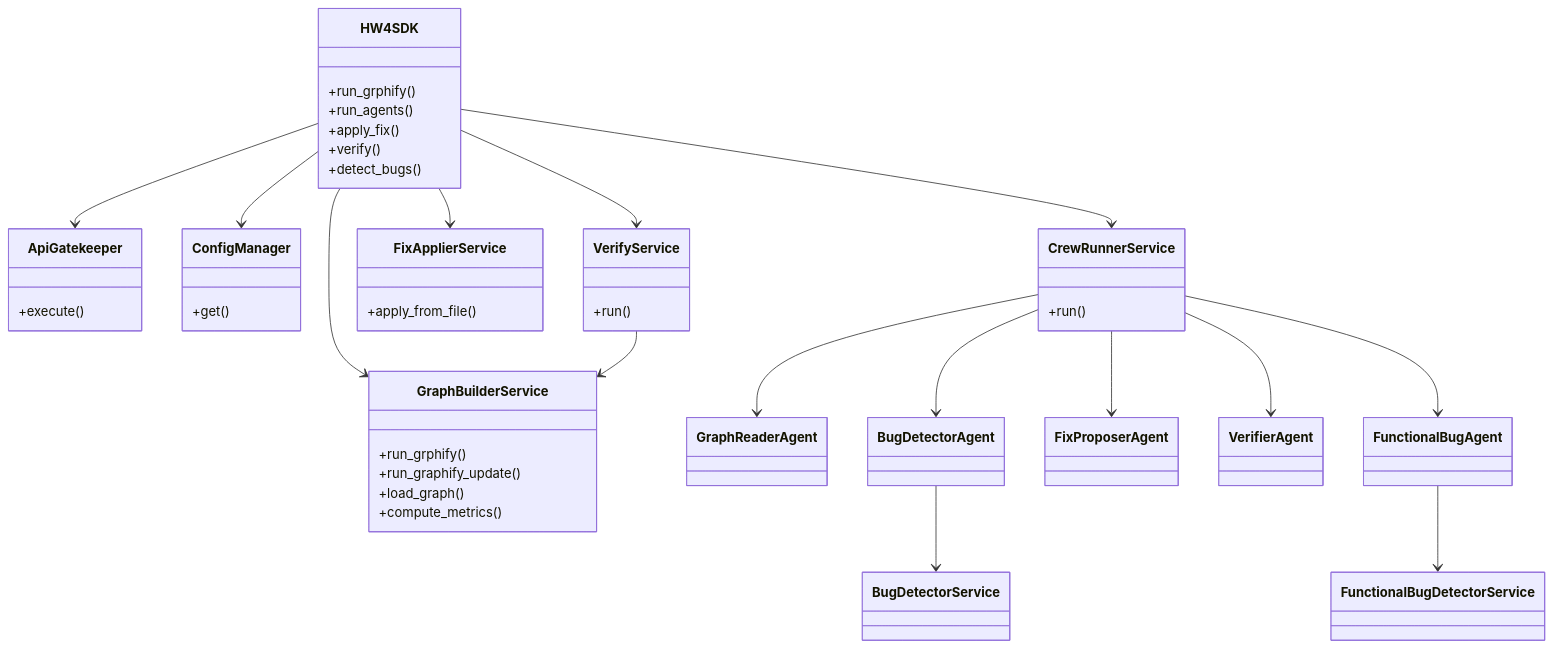
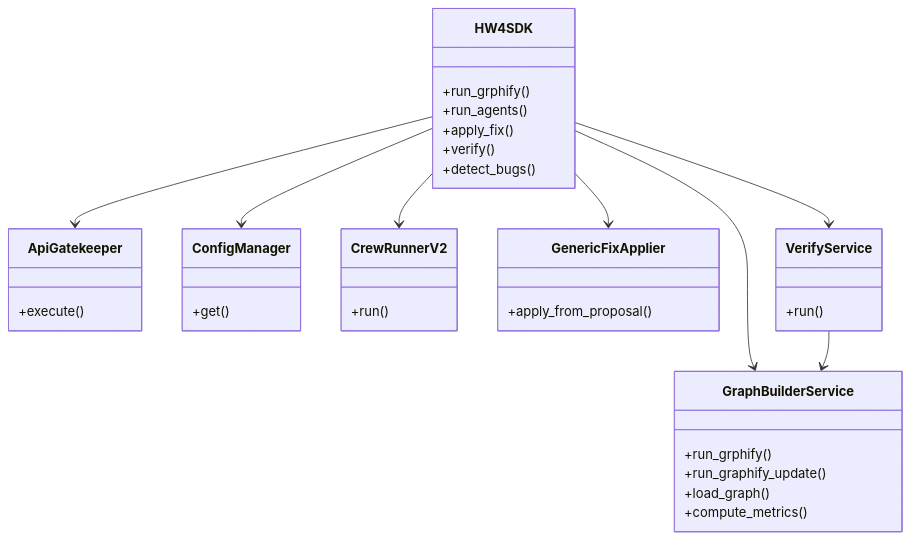
One commit to yamandahle/AI-Agents-course changed the second of 2 diagrams in hw4/README.md. Above: the diagram before and after it, drawn with Mermaid. The commit also changed other lines of this file and 2 other files, not shown here.

````diff
--- a/hw4/README.md
+++ b/hw4/README.md
@@ -200,53 +208,39 @@
 ```mermaid
 classDiagram
     class HW4SDK {
         +run_grphify()
         +run_agents()
         +apply_fix()
         +verify()
         +detect_bugs()
     }
     class ApiGatekeeper {
         +execute()
     }
     class ConfigManager {
         +get()
     }
     class GraphBuilderService {
         +run_grphify()
         +run_graphify_update()
         +load_graph()
         +compute_metrics()
     }
-    class CrewRunnerService {
+    class CrewRunnerV2 {
         +run()
     }
-    class FixApplierService {
-        +apply_from_file()
+    class GenericFixApplier {
+        +apply_from_proposal()
     }
     class VerifyService {
         +run()
     }
-    class GraphReaderAgent
-    class BugDetectorAgent
-    class FixProposerAgent
-    class VerifierAgent
-    class FunctionalBugAgent
-    class BugDetectorService
-    class FunctionalBugDetectorService
 
     HW4SDK --> ConfigManager
     HW4SDK --> ApiGatekeeper
     HW4SDK --> GraphBuilderService
-    HW4SDK --> CrewRunnerService
-    HW4SDK --> FixApplierService
+    HW4SDK --> CrewRunnerV2
+    HW4SDK --> GenericFixApplier
     HW4SDK --> VerifyService
-    CrewRunnerService --> GraphReaderAgent
-    CrewRunnerService --> BugDetectorAgent
-    CrewRunnerService --> FixProposerAgent
-    CrewRunnerService --> VerifierAgent
-    CrewRunnerService --> FunctionalBugAgent
-    BugDetectorAgent --> BugDetectorService
-    FunctionalBugAgent --> FunctionalBugDetectorService
     VerifyService --> GraphBuilderService
 ```
````
